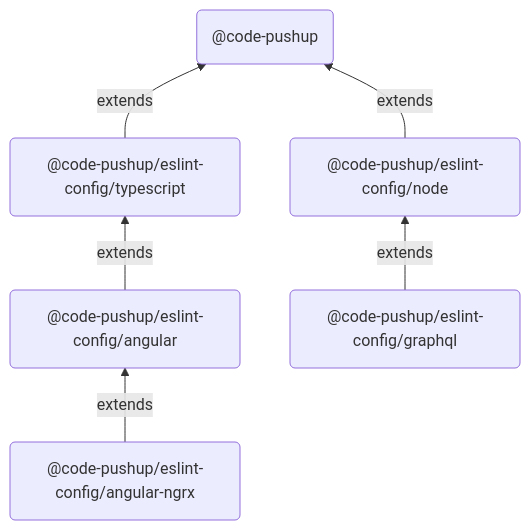
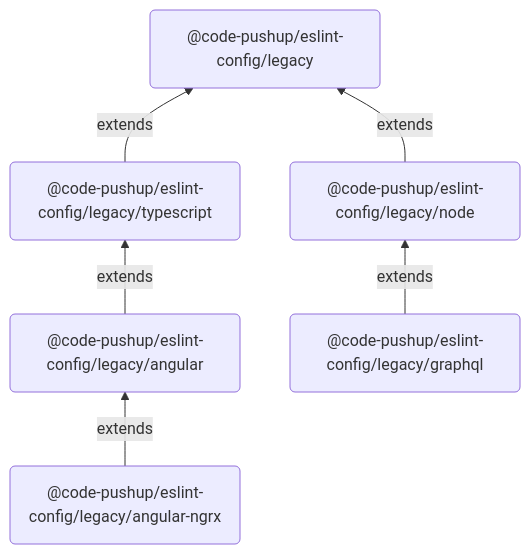
Before and after one commit to code-pushup/eslint-config: the diagram in README.md, drawn with Mermaid. The commit also changed other lines of this file and 41 other files, not shown here.

````diff
--- a/README.md
+++ b/README.md
@@ -27,14 +27,14 @@
 ```mermaid
   graph BT;
-    index("@code-pushup")
-    typescript("@code-pushup/eslint-config/typescript")
-    node("@code-pushup/eslint-config/node")
-    angular("@code-pushup/eslint-config/angular")
-    angular-ngrx("@code-pushup/eslint-config/angular-ngrx")
-    graphql("@code-pushup/eslint-config/graphql")
+    index("@code-pushup/eslint-config/legacy")
+    typescript("@code-pushup/eslint-config/legacy/typescript")
+    node("@code-pushup/eslint-config/legacy/node")
+    angular("@code-pushup/eslint-config/legacy/angular")
+    angular-ngrx("@code-pushup/eslint-config/legacy/angular-ngrx")
+    graphql("@code-pushup/eslint-config/legacy/graphql")
     typescript --extends--> index
     node --extends--> index
     angular --extends--> typescript
     angular-ngrx --extends--> angular
     graphql --extends--> node
 ```
````
